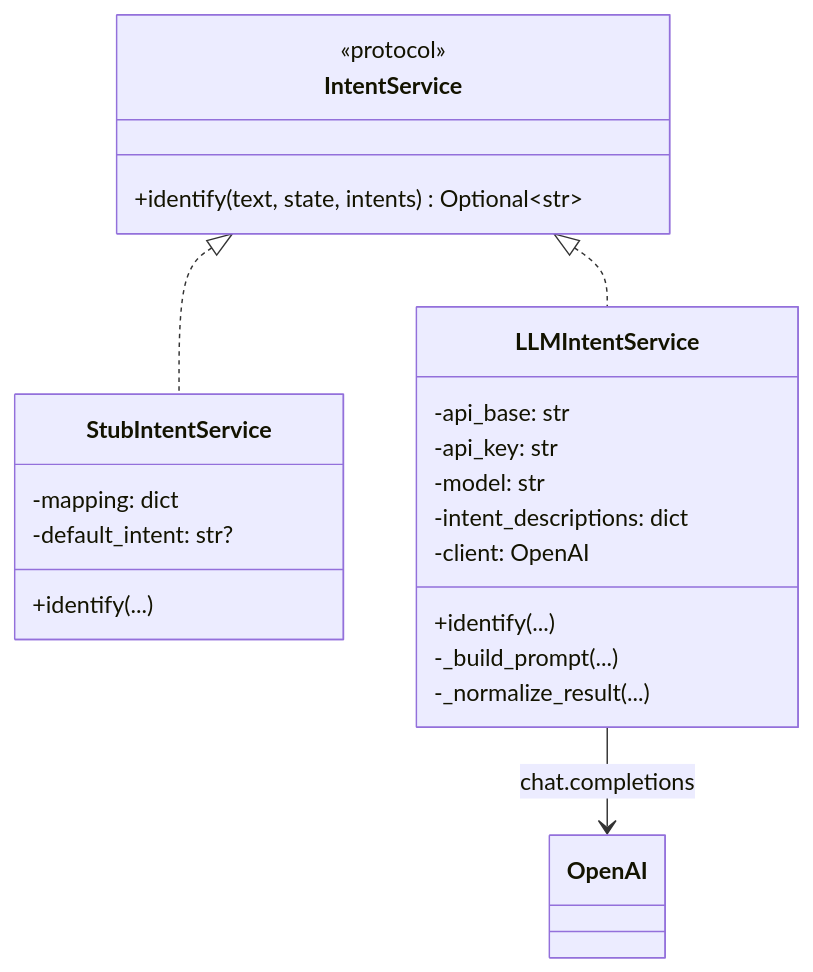
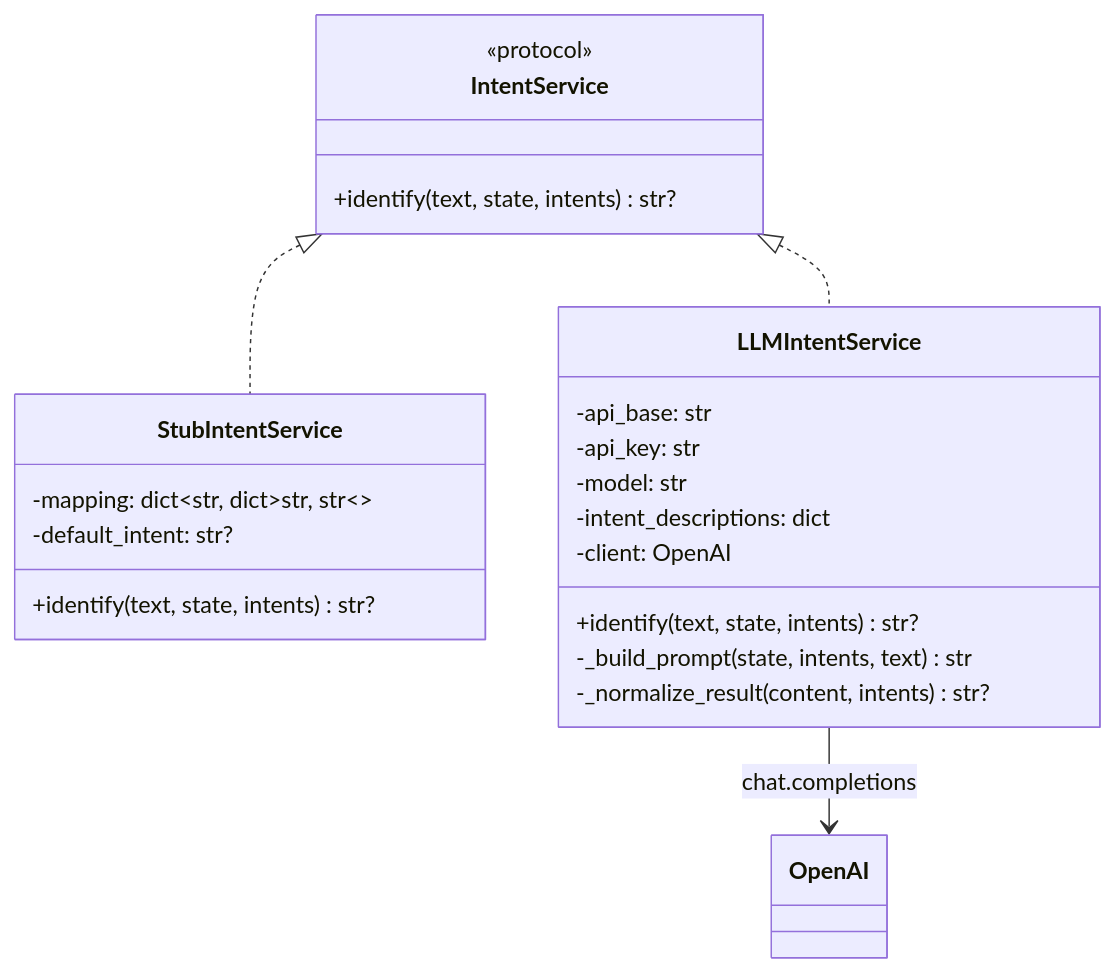
The third of 5 diagrams in docs/DESGIN.md (soongfs/dsl-agent), drawn with Mermaid before and after one commit. The commit also changed other lines of this file and 1 other file, not shown here.

Commit message:
微调文档中的mermaid图

````diff
--- a/docs/DESGIN.md
+++ b/docs/DESGIN.md
@@ -81,26 +101,26 @@
   ```mermaid
   classDiagram
       class IntentService {
           <<protocol>>
-          +identify(text, state, intents) Optional~str~
+          +identify(text, state, intents) str?
       }
       class StubIntentService {
-          -mapping: dict
+          -mapping: dict~str, dict~str, str~~
           -default_intent: str?
-          +identify(...)
+          +identify(text, state, intents) str?
       }
       class LLMIntentService {
           -api_base: str
           -api_key: str
           -model: str
           -intent_descriptions: dict
           -client: OpenAI
-          +identify(...)
-          -_build_prompt(...)
-          -_normalize_result(...)
+          +identify(text, state, intents) str?
+          -_build_prompt(state, intents, text) str
+          -_normalize_result(content, intents) str?
       }
       class OpenAI
       IntentService <|.. StubIntentService
       IntentService <|.. LLMIntentService
       LLMIntentService --> OpenAI : chat.completions
   ```
````
